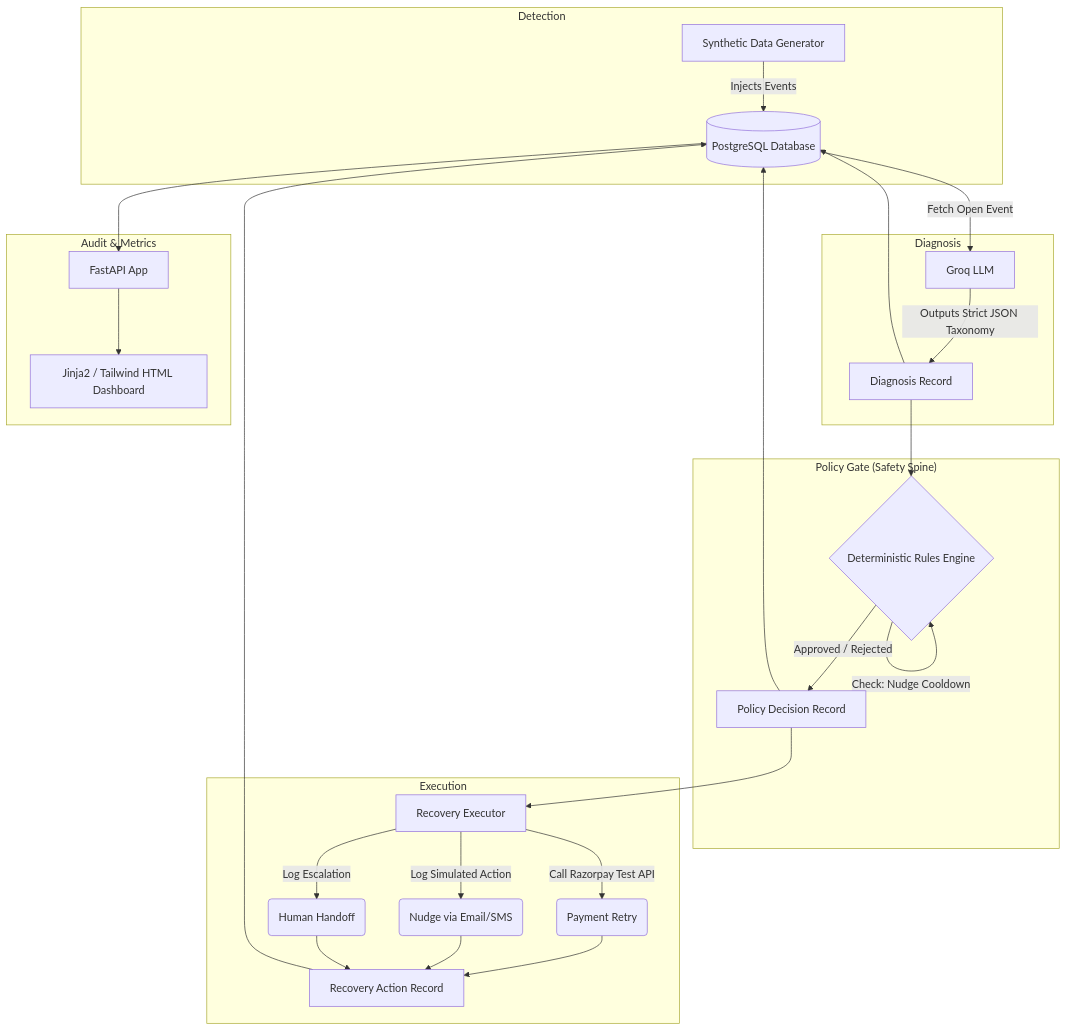
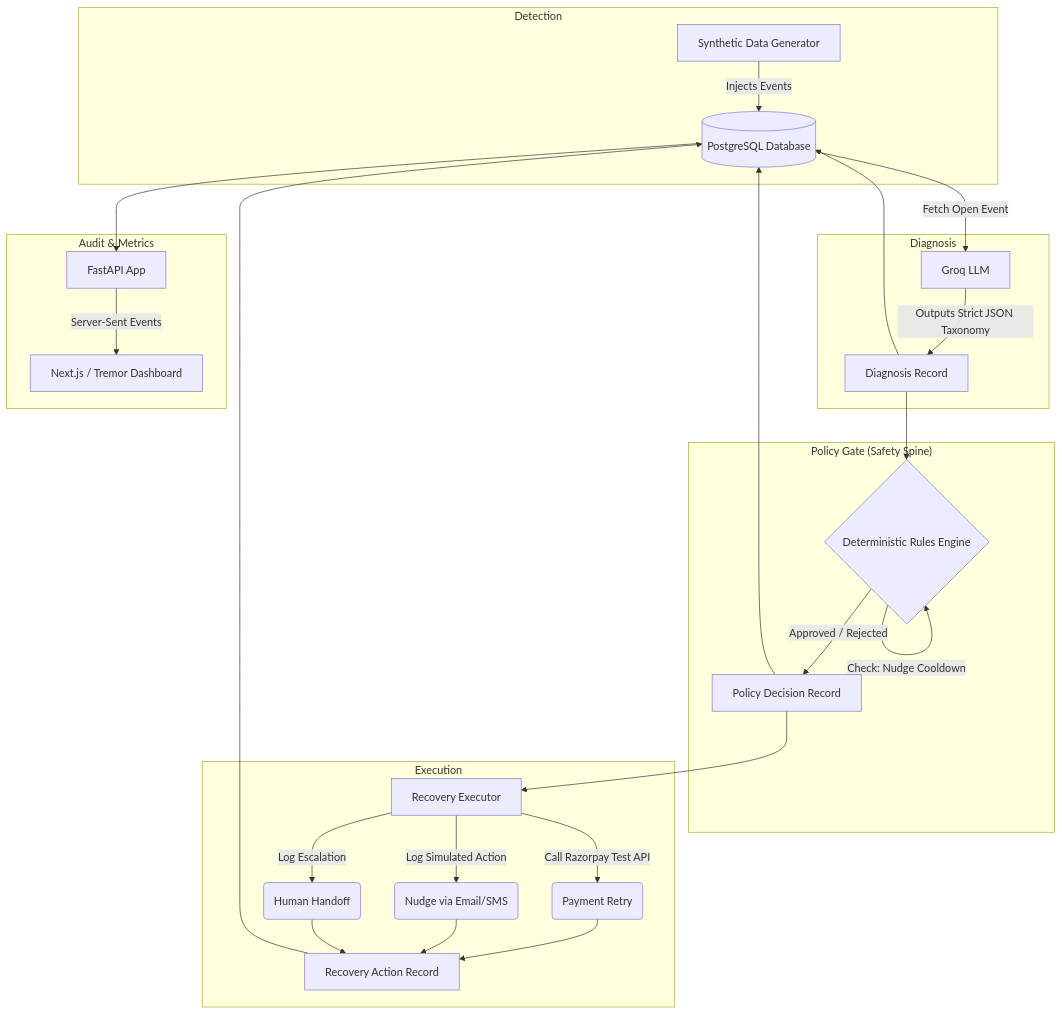
Before and after one commit to Suprxtim/RevGuard: the diagram in README.md, drawn with Mermaid. The commit also changed other lines of this file and 11 other files, not shown here.

````diff
--- a/README.md
+++ b/README.md
@@ -7,39 +7,39 @@
 ```mermaid
 graph TD
     subgraph Detection
         A[Synthetic Data Generator] -->|Injects Events| B[(PostgreSQL Database)]
     end
     
     subgraph Diagnosis
         B -->|Fetch Open Event| C[Groq LLM]
         C -->|Outputs Strict JSON Taxonomy| D[Diagnosis Record]
         D --> B
     end
     
     subgraph PolicyGate["Policy Gate (Safety Spine)"]
         D --> E{Deterministic Rules Engine}
         E -->|Check: Retry Cap| E
         E -->|Check: Idempotency| E
         E -->|Check: Spend Cap| E
         E -->|Check: Retry Storm| E
         E -->|Check: Nudge Cooldown| E
         E -->|Approved / Rejected| F[Policy Decision Record]
         F --> B
     end
     
     subgraph Execution
         F --> G[Recovery Executor]
         G -->|Call Razorpay Test API| H(Payment Retry)
         G -->|Log Simulated Action| I(Nudge via Email/SMS)
         G -->|Log Escalation| J(Human Handoff)
         H --> K[Recovery Action Record]
         I --> K
         J --> K
         K --> B
     end
     
     subgraph Audit["Audit & Metrics"]
         B --> L[FastAPI App]
-        L --> M[Jinja2 / Tailwind HTML Dashboard]
+        L -->|Server-Sent Events| M[Next.js / Tremor Dashboard]
     end
 ```
````
